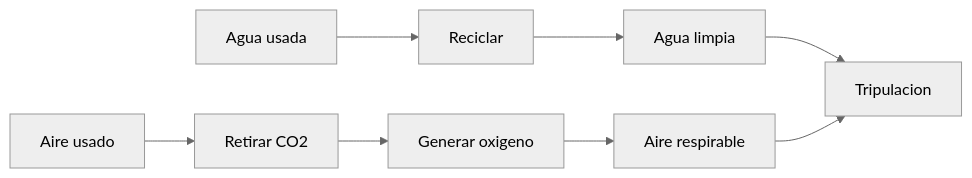
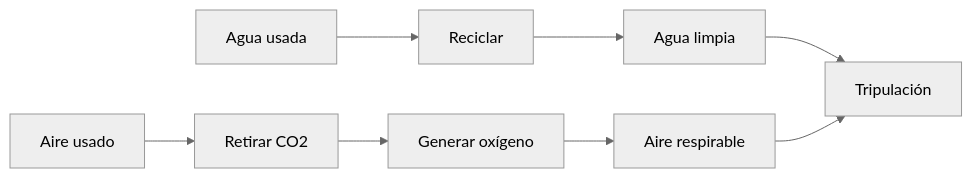
The diagram in vehiculos/estacion-espacial/recursos/recursos-estacion-espacial.md (vladimiracunadev-create/machine-operator-program), drawn with Mermaid (neutral theme) before and after one commit. The commit also changed other lines of this file and 442 other files, not shown here.

````diff
--- a/vehiculos/estacion-espacial/recursos/recursos-estacion-espacial.md
+++ b/vehiculos/estacion-espacial/recursos/recursos-estacion-espacial.md
@@ -29,10 +29,10 @@
 ```mermaid
 flowchart LR
     Aire[Aire usado] --> RetiraCO2[Retirar CO2]
-    RetiraCO2 --> GeneraO2[Generar oxigeno]
+    RetiraCO2 --> GeneraO2[Generar oxígeno]
     GeneraO2 --> AireLimpio[Aire respirable]
     AguaUsada[Agua usada] --> Recicla[Reciclar]
     Recicla --> AguaLimpia[Agua limpia]
-    AguaLimpia --> Tripulacion[Tripulacion]
+    AguaLimpia --> Tripulacion[Tripulación]
     AireLimpio --> Tripulacion
 ```
````
